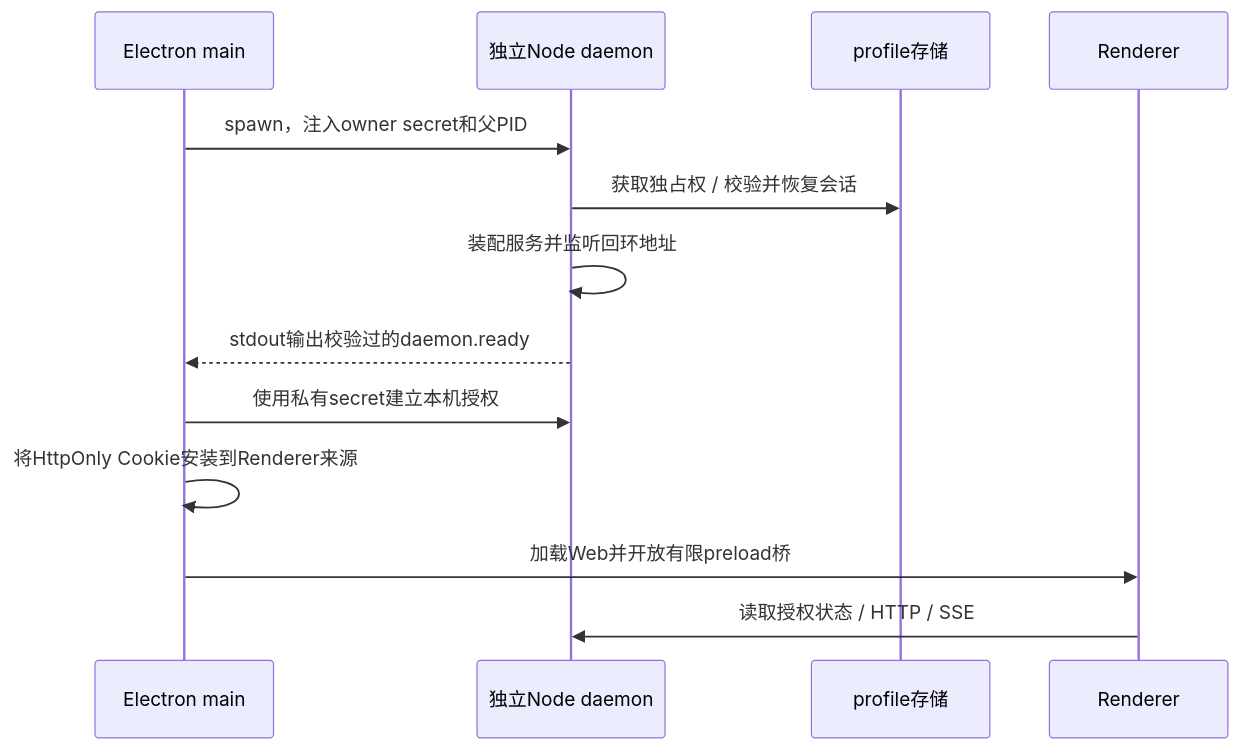
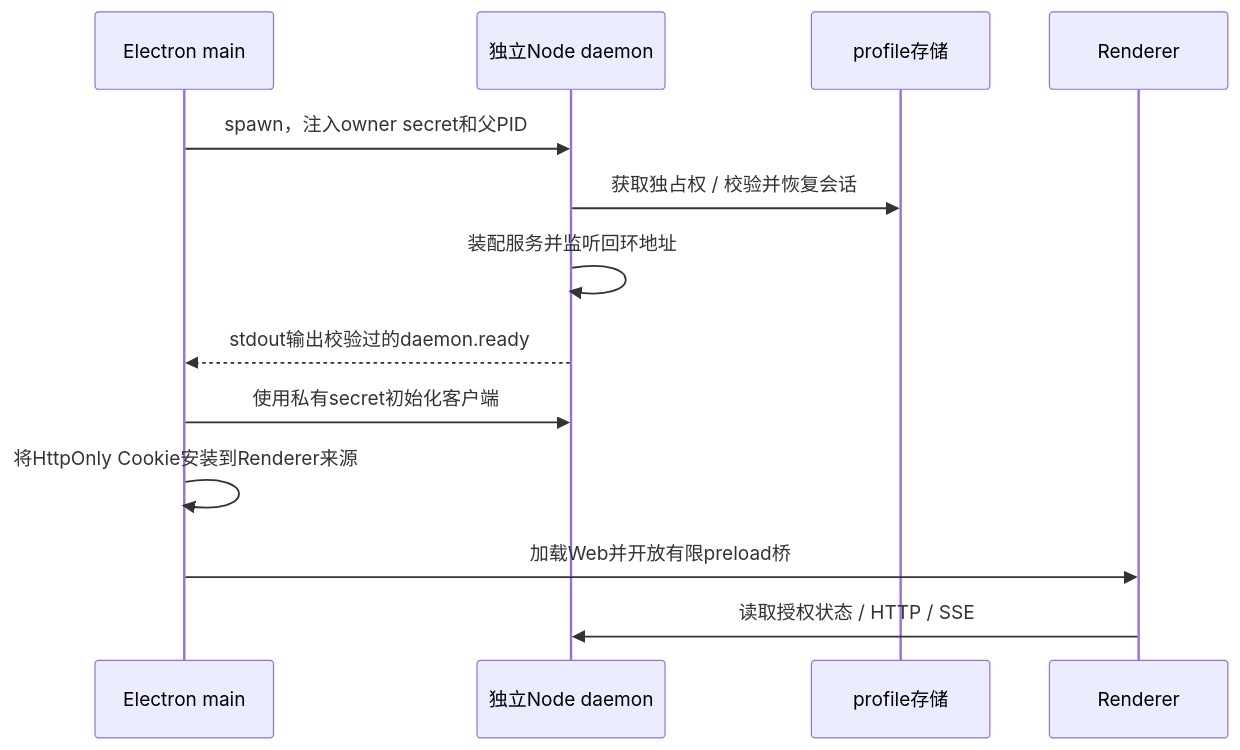
The second of 2 diagrams in docs/09_TECHNICAL/系统架构设计.md (lxy980795277/my-pi-harness), drawn with Mermaid before and after one commit. The commit also changed other lines of this file and 347 other files, not shown here.

````diff
--- a/docs/09_TECHNICAL/系统架构设计.md
+++ b/docs/09_TECHNICAL/系统架构设计.md
@@ -87,15 +89,15 @@
 ```mermaid
 sequenceDiagram
   participant Main as Electron main
   participant Node as 独立Node daemon
   participant Store as profile存储
   participant Web as Renderer
   Main->>Node: spawn，注入owner secret和父PID
   Node->>Store: 获取独占权 / 校验并恢复会话
   Node->>Node: 装配服务并监听回环地址
   Node-->>Main: stdout输出校验过的daemon.ready
-  Main->>Node: 使用私有secret建立本机授权
+  Main->>Node: 使用私有secret初始化客户端
   Main->>Main: 将HttpOnly Cookie安装到Renderer来源
   Main->>Web: 加载Web并开放有限preload桥
   Web->>Node: 读取授权状态 / HTTP / SSE
 ```
````
